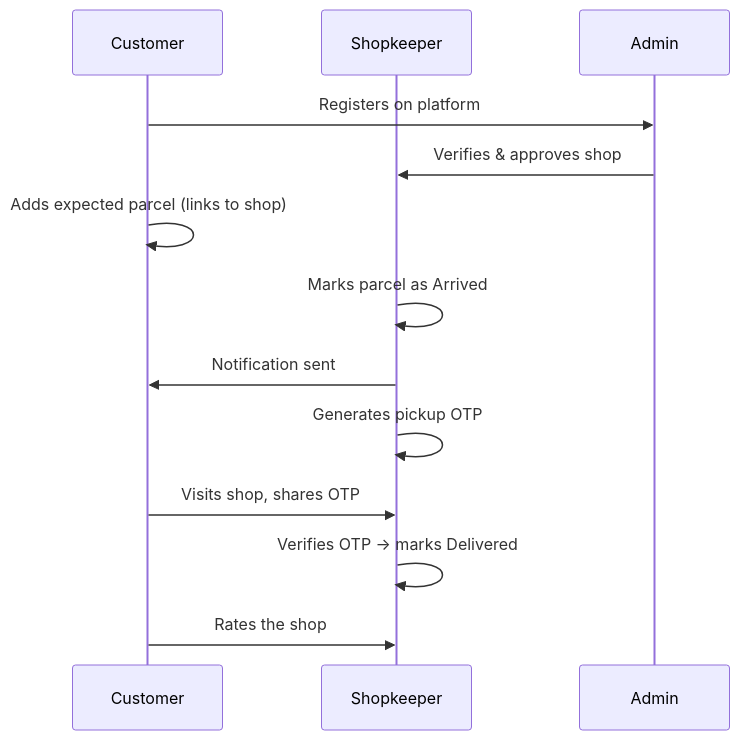
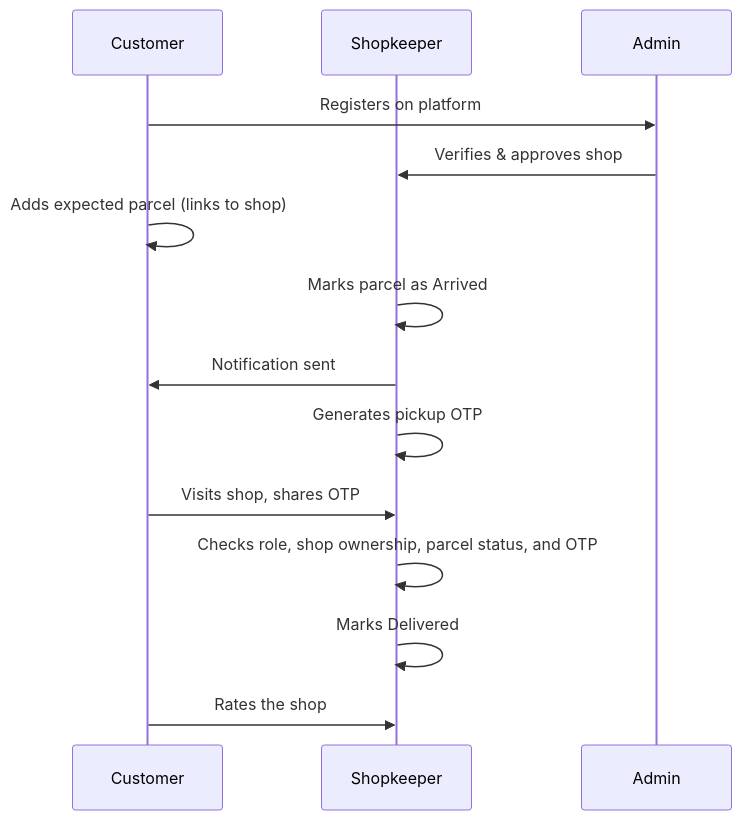
The first of 5 diagrams in README.md (Aryns293/GramPickup), drawn with Mermaid before and after one commit. The commit also changed other lines of this file, not shown here.

````diff
--- a/README.md
+++ b/README.md
@@ -13,16 +13,17 @@
 ```mermaid
 sequenceDiagram
     participant C as Customer
     participant S as Shopkeeper
     participant A as Admin
 
     C->>A: Registers on platform
     A->>S: Verifies & approves shop
     C->>C: Adds expected parcel (links to shop)
     S->>S: Marks parcel as Arrived
     S->>C: Notification sent
     S->>S: Generates pickup OTP
     C->>S: Visits shop, shares OTP
-    S->>S: Verifies OTP → marks Delivered
+    S->>S: Checks role, shop ownership, parcel status, and OTP
+    S->>S: Marks Delivered
     C->>S: Rates the shop
 ```
````
